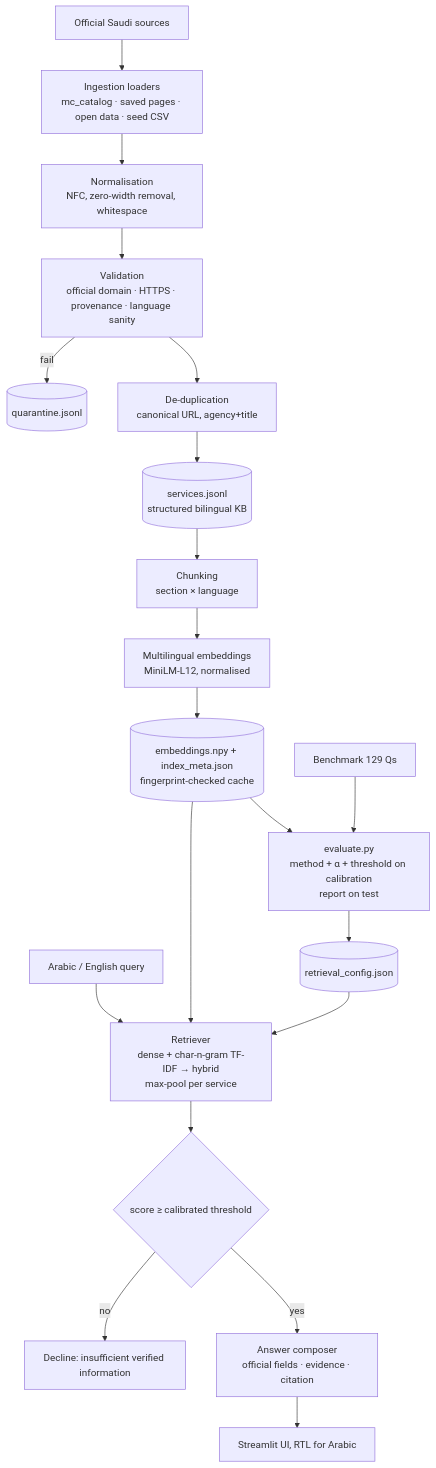
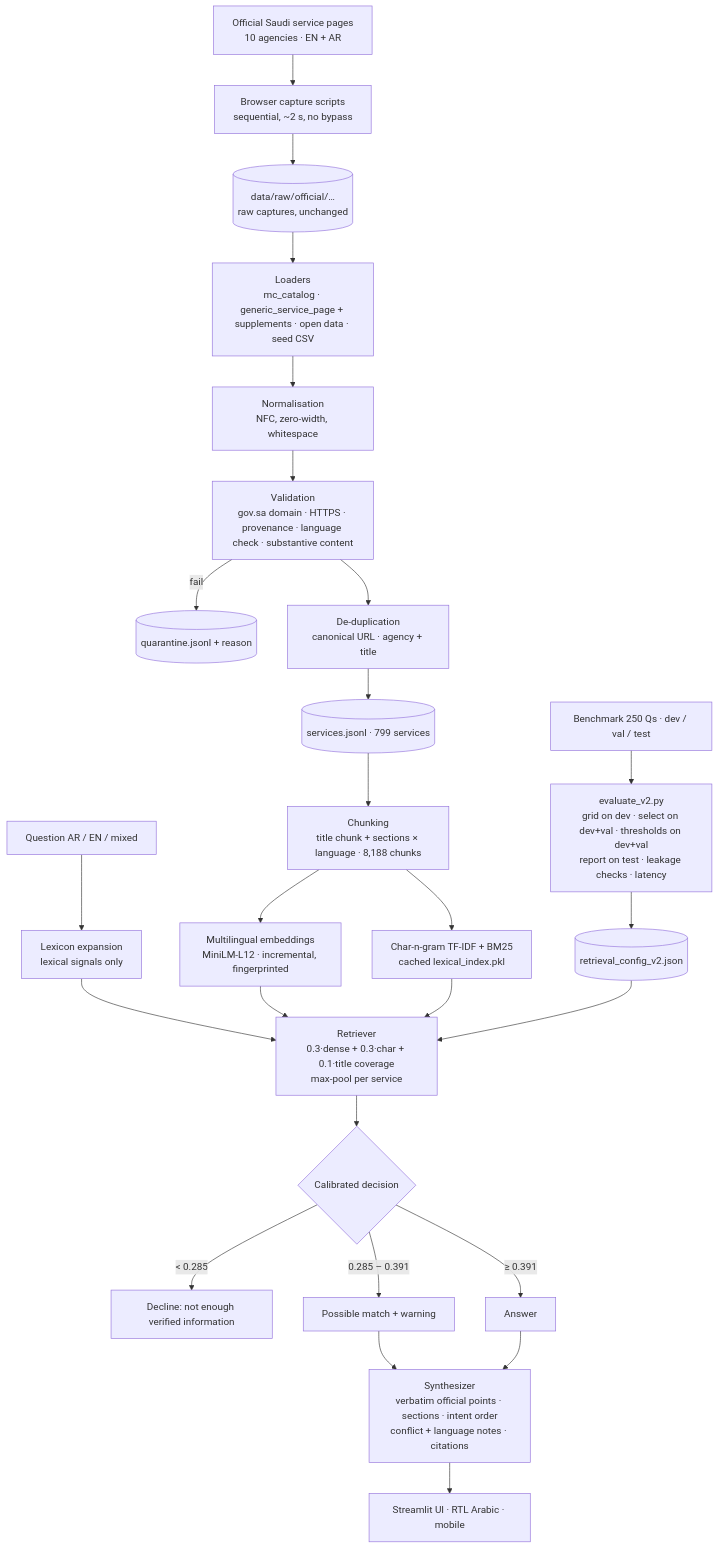
One commit to emanmusheer2008-glitch/dalil-ai changed the diagram in docs/architecture.md. Above: the diagram before and after it, drawn with Mermaid. The commit also changed other lines of this file and 63 other files, not shown here.

Commit message:
Dalil AI v2: expanded bilingual corpus, improved retrieval, answering, evaluation, and documentation

````diff
--- a/docs/architecture.md
+++ b/docs/architecture.md
@@ -3,22 +3,28 @@
 ```mermaid
 flowchart TD
-    A[Official Saudi sources] --> B[Ingestion loaders<br/>mc_catalog · saved pages · open data · seed CSV]
-    B --> C[Normalisation<br/>NFC, zero-width removal, whitespace]
-    C --> D[Validation<br/>official domain · HTTPS · provenance · language sanity]
-    D -->|fail| Q[(quarantine.jsonl)]
-    D --> E[De-duplication<br/>canonical URL, agency+title]
-    E --> F[(services.jsonl<br/>structured bilingual KB)]
-    F --> G[Chunking<br/>section × language]
-    G --> H[Multilingual embeddings<br/>MiniLM-L12, normalised]
-    H --> I[(embeddings.npy + index_meta.json<br/>fingerprint-checked cache)]
-    U[Arabic / English query] --> R
-    I --> R[Retriever<br/>dense + char-n-gram TF-IDF → hybrid<br/>max-pool per service]
-    R --> T{score ≥ calibrated threshold}
-    T -- no --> X[Decline: insufficient verified information]
-    T -- yes --> C2[Answer composer<br/>official fields · evidence · citation]
-    C2 --> UI[Streamlit UI, RTL for Arabic]
-    EV[Benchmark 129 Qs] --> EVAL[evaluate.py<br/>method + α + threshold on calibration<br/>report on test]
-    I --> EVAL
-    EVAL --> CFG[(retrieval_config.json)]
+    A[Official Saudi service pages<br/>10 agencies · EN + AR] --> CAP[Browser capture scripts<br/>sequential, ~2 s, no bypass]
+    CAP --> RAW[(data/raw/official/…<br/>raw captures, unchanged)]
+    RAW --> B[Loaders<br/>mc_catalog · generic_service_page + supplements · open data · seed CSV]
+    B --> C[Normalisation<br/>NFC, zero-width, whitespace]
+    C --> D[Validation<br/>gov.sa domain · HTTPS · provenance · language check · substantive content]
+    D -->|fail| Q[(quarantine.jsonl + reason)]
+    D --> E[De-duplication<br/>canonical URL · agency + title]
+    E --> F[(services.jsonl · 799 services)]
+    F --> G[Chunking<br/>title chunk + sections × language · 8,188 chunks]
+    G --> H[Multilingual embeddings<br/>MiniLM-L12 · incremental, fingerprinted]
+    G --> L[Char-n-gram TF-IDF + BM25<br/>cached lexical_index.pkl]
+    U[Question AR / EN / mixed] --> X[Lexicon expansion<br/>lexical signals only]
+    X --> R[Retriever<br/>0.3·dense + 0.3·char + 0.1·title coverage<br/>max-pool per service]
+    H --> R
+    L --> R
+    R --> T{Calibrated decision}
+    T -- "< 0.285" --> N[Decline: not enough verified information]
+    T -- "0.285 – 0.391" --> P[Possible match + warning]
+    T -- "≥ 0.391" --> S[Answer]
+    P --> SY[Synthesizer<br/>verbatim official points · sections · intent order<br/>conflict + language notes · citations]
+    S --> SY
+    SY --> UI[Streamlit UI · RTL Arabic · mobile]
+    BM[Benchmark 250 Qs · dev / val / test] --> EV[evaluate_v2.py<br/>grid on dev · select on dev+val · thresholds on dev+val<br/>report on test · leakage checks · latency]
+    EV --> CFG[(retrieval_config_v2.json)]
     CFG --> R
 ```
````
